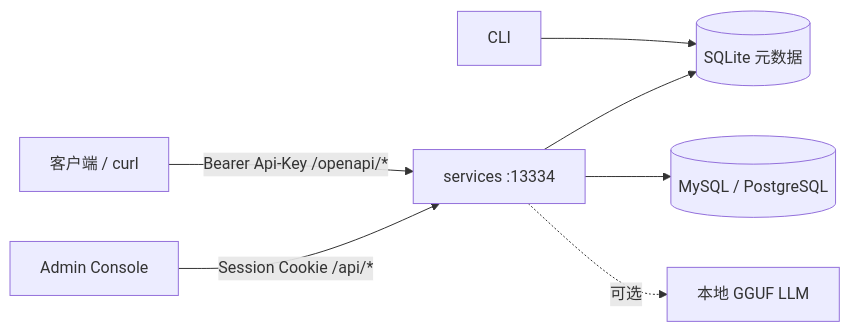
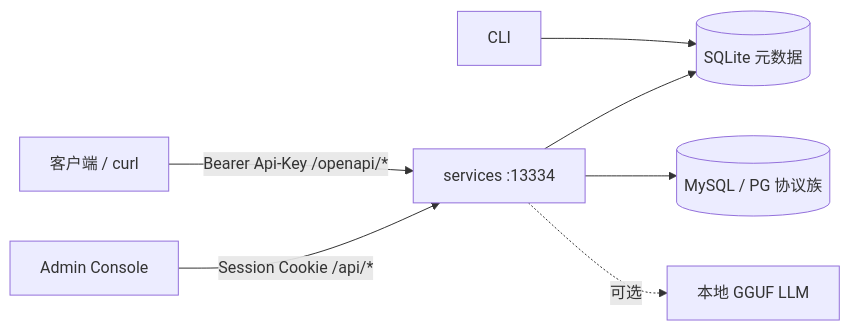
The diagram in README.zh-CN.md (AxiosLeo/sql2api), drawn with Mermaid before and after one commit. The commit also changed other lines of this file and 20 other files, not shown here.

````diff
--- a/README.zh-CN.md
+++ b/README.zh-CN.md
@@ -35,17 +35,17 @@
 ```mermaid
 flowchart LR
   Client[客户端 / curl]
   Admin[Admin Console]
   CLI[CLI]
   API[services :13334]
   Meta[(SQLite 元数据)]
-  DB[(MySQL / PostgreSQL)]
+  DB[(MySQL / PG 协议族)]
   LLM[本地 GGUF LLM]
 
   Client -->|"Bearer Api-Key /openapi/*"| API
   Admin -->|"Session Cookie /api/*"| API
   CLI --> Meta
   API --> Meta
   API --> DB
   API -.->|可选| LLM
 ```
````
